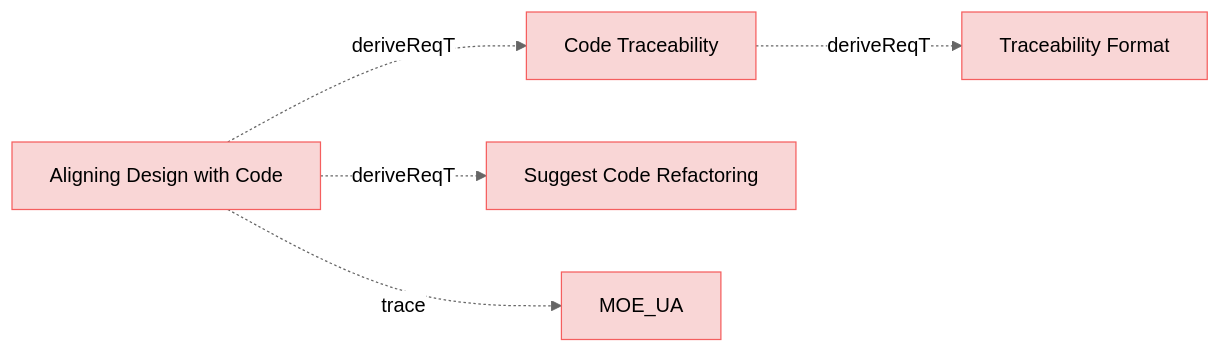
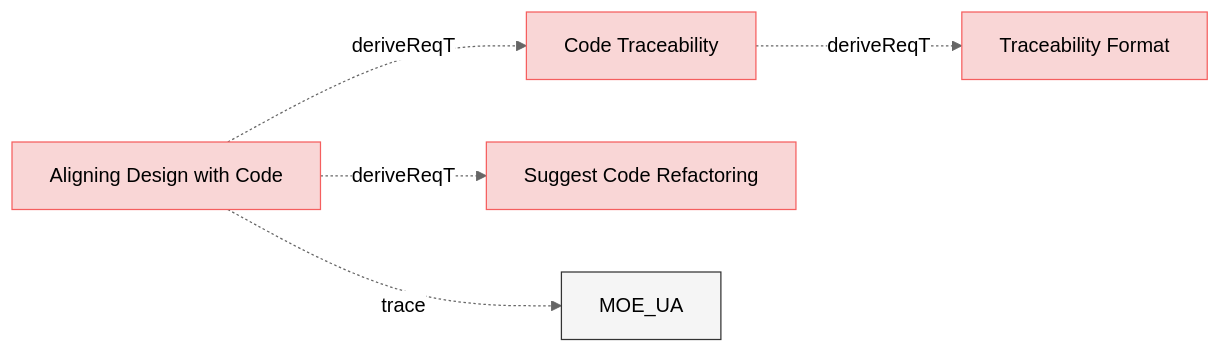
Before and after one commit to reqvire-org/reqvire: the second of 9 diagrams in specifications/UserRequirements.md, drawn with Mermaid (neutral theme). The commit also changed other lines of this file and 17 other files, not shown here.

````diff
--- a/specifications/UserRequirements.md
+++ b/specifications/UserRequirements.md
@@ -126,29 +126,29 @@
 ```mermaid
 graph LR;
   %% REQVIRE-AUTOGENERATED-DIAGRAM
   %% Graph styling
   classDef userRequirement fill:#f9d6d6,stroke:#f55f5f,stroke-width:1px;
   classDef systemRequirement fill:#fce4e4,stroke:#e68a8a,stroke-width:1px;
   classDef verification fill:#d6f9d6,stroke:#5fd75f,stroke-width:1px;
   classDef default fill:#f5f5f5,stroke:#333333,stroke-width:1px;
 
   26ca72b617aff229["Code Traceability"];
   class 26ca72b617aff229 userRequirement;
   click 26ca72b617aff229 "UserRequirements.md#code-traceability";
   9314736a59776478["Traceability Format"];
   class 9314736a59776478 userRequirement;
   click 9314736a59776478 "CodeTraecabilityRequirements.md#traceability-format";
   26ca72b617aff229 -.->|deriveReqT| 9314736a59776478;
   398641ced77f628c["Suggest Code Refactoring"];
   class 398641ced77f628c userRequirement;
   click 398641ced77f628c "UserRequirements.md#suggest-code-refactoring";
   855a1b3061c7bcdd["Aligning Design with Code"];
   class 855a1b3061c7bcdd userRequirement;
   click 855a1b3061c7bcdd "UserStories.md#aligning-design-with-code";
   2c5f30f14e792200["MOE_UA"];
-  class 2c5f30f14e792200 userRequirement;
+  class 2c5f30f14e792200 default;
   click 2c5f30f14e792200 "MOEs.md#moe_ua";
   855a1b3061c7bcdd -.->|trace| 2c5f30f14e792200;
   855a1b3061c7bcdd -.->|deriveReqT| 26ca72b617aff229;
   855a1b3061c7bcdd -.->|deriveReqT| 398641ced77f628c;
 ```
````
